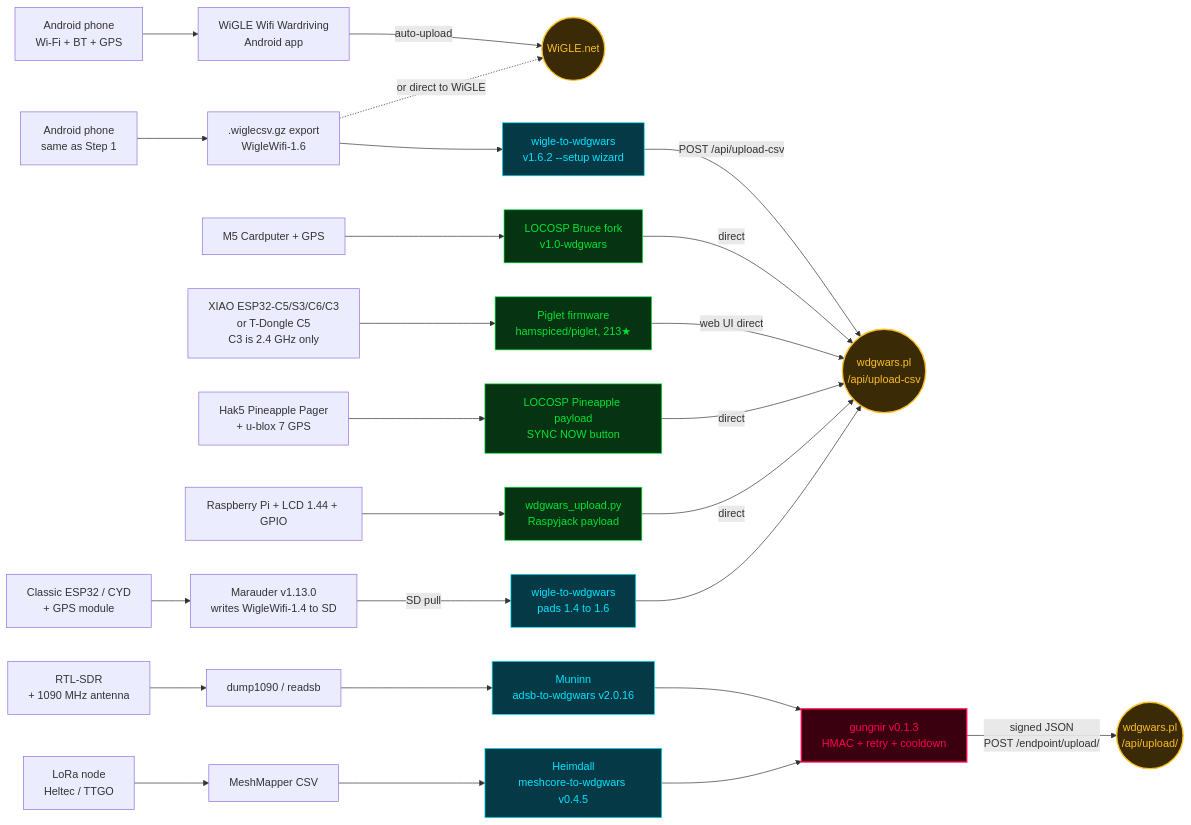
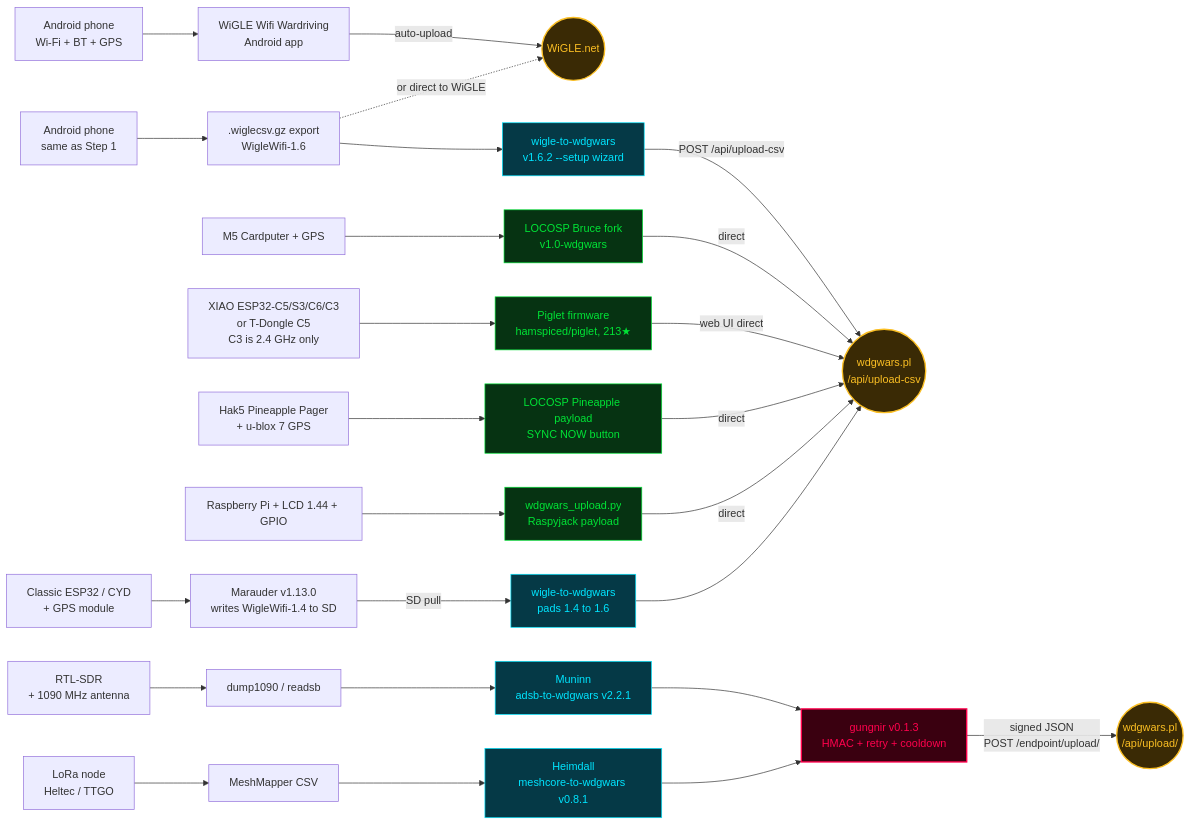
The diagram in docs/flow.md (HiroAlleyCat/wdgo-onramp), drawn with Mermaid before and after one commit. The commit also changed 7 other files, not shown here.

````diff
--- a/docs/flow.md
+++ b/docs/flow.md
@@ -12,46 +12,46 @@
 ```mermaid
 flowchart LR
     %% Step 1 — Phone only
     s1_phone[Android phone<br/>Wi-Fi + BT + GPS] --> s1_app[WiGLE Wifi Wardriving<br/>Android app]
     s1_app -->|auto-upload| wigle((WiGLE.net))
 
     %% Step 2 — Cross-post
     s2_phone[Android phone<br/>same as Step 1] --> s2_csv[.wiglecsv.gz export<br/>WigleWifi-1.6]
     s2_csv --> s2_w2w[wigle-to-wdgwars<br/>v1.6.2 --setup wizard]
     s2_w2w -->|POST /api/upload-csv| wdgwars_csv((wdgwars.pl<br/>/api/upload-csv))
     s2_csv -.->|or direct to WiGLE| wigle
 
     %% Step 3a — On-device uploaders
     s3a_cardputer[M5 Cardputer + GPS] --> s3a_bruce[LOCOSP Bruce fork<br/>v1.0-wdgwars]
     s3a_bruce -->|direct| wdgwars_csv
     s3a_xiao[XIAO ESP32-C5/S3/C6/C3<br/>or T-Dongle C5<br/>C3 is 2.4 GHz only] --> s3a_piglet[Piglet firmware<br/>hamspiced/piglet, 213★]
     s3a_piglet -->|web UI direct| wdgwars_csv
     s3a_pager[Hak5 Pineapple Pager<br/>+ u-blox 7 GPS] --> s3a_payload[LOCOSP Pineapple payload<br/>SYNC NOW button]
     s3a_payload -->|direct| wdgwars_csv
     s3a_rj[Raspberry Pi + LCD 1.44 + GPIO] --> s3a_rjpayload[wdgwars_upload.py<br/>Raspyjack payload]
     s3a_rjpayload -->|direct| wdgwars_csv
 
     %% Step 3b — Capture-only, PC feeder
     s3b_hw[Classic ESP32 / CYD<br/>+ GPS module] --> s3b_marauder[Marauder v1.13.0<br/>writes WigleWifi-1.4 to SD]
     s3b_marauder -->|SD pull| s3b_sd[wigle-to-wdgwars<br/>pads 1.4 to 1.6]
     s3b_sd --> wdgwars_csv
 
     %% Step 4 — WDGWars-only slots
     s4_sdr[RTL-SDR<br/>+ 1090 MHz antenna] --> s4_dump[dump1090 / readsb]
-    s4_dump --> s4_muninn[Muninn<br/>adsb-to-wdgwars v2.0.16]
+    s4_dump --> s4_muninn[Muninn<br/>adsb-to-wdgwars v2.2.1]
     s4_lora[LoRa node<br/>Heltec / TTGO] --> s4_mm[MeshMapper CSV]
-    s4_mm --> s4_heimdall[Heimdall<br/>meshcore-to-wdgwars v0.4.5]
+    s4_mm --> s4_heimdall[Heimdall<br/>meshcore-to-wdgwars v0.8.1]
     s4_muninn --> gungnir[gungnir v0.1.3<br/>HMAC + retry + cooldown]
     s4_heimdall --> gungnir
     gungnir -->|signed JSON<br/>POST /endpoint/upload/| wdgwars_json((wdgwars.pl<br/>/api/upload/))
 
     %% Styling — CRT palette matching the on-ramp brand
     classDef destinations fill:#3a2a05,stroke:#fbbf24,stroke-width:2px,color:#fbbf24
     classDef ondevice fill:#063312,stroke:#00e436,color:#00e436
     classDef pcside fill:#053946,stroke:#00e5ff,color:#00e5ff
     classDef transport fill:#3a0010,stroke:#ff004d,stroke-width:2px,color:#ff004d
     class wigle,wdgwars_csv,wdgwars_json destinations
     class s3a_bruce,s3a_piglet,s3a_payload,s3a_rjpayload ondevice
     class s2_w2w,s3b_sd,s4_muninn,s4_heimdall pcside
     class gungnir transport
 ```
````
